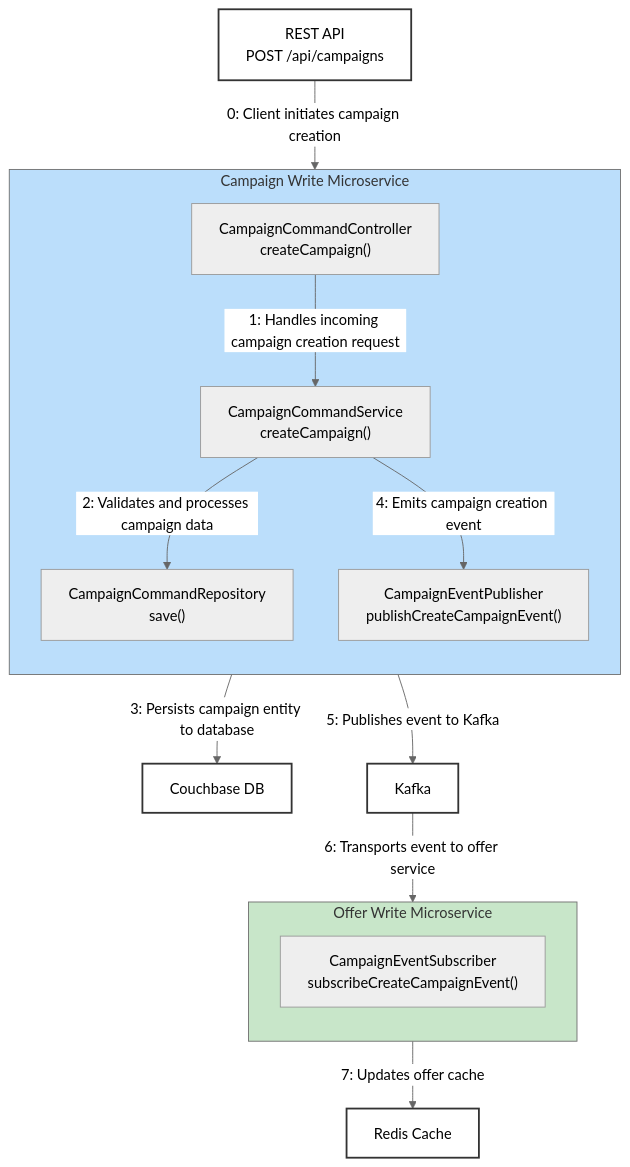
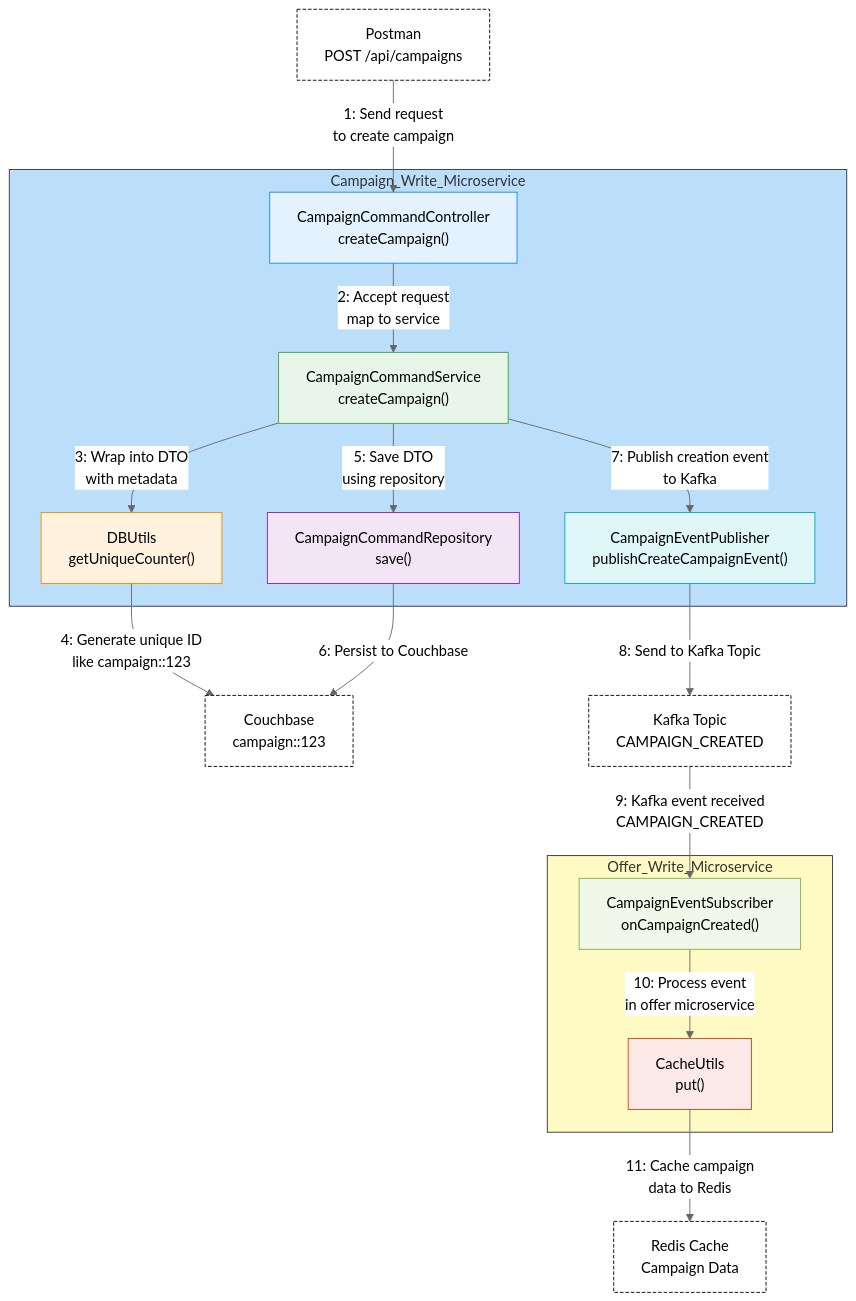
Before and after one commit to aakashkumar1980/apps-microservices: the diagram in _readme_assets/campaign_create.mermaid, drawn with Mermaid (neutral theme).

Commit message:
updated and refactored

```diff
--- a/_readme_assets/campaign_create.mermaid
+++ b/_readme_assets/campaign_create.mermaid
@@ -1,40 +1,52 @@
 flowchart TD
-%% --- Campaign Write Microservice ---
-    subgraph CampaignWrite["Campaign Write Microservice"]
-        direction TB
-        C1["CampaignCommandController<br>createCampaign()"]
-        S1["CampaignCommandService<br>createCampaign()"]
-        R1["CampaignCommandRepository<br>save()"]
-        E1["CampaignEventPublisher<br>publishCreateCampaignEvent()"]
+%% Postman
+    POSTMAN["Postman<br>POST /api/campaigns"]:::external
+
+%% Microservice: Campaign Write
+    subgraph Campaign_Write_Microservice
+        style Campaign_Write_Microservice fill:#BBDEFB,stroke:#333,stroke-width:1px
+
+        CCC["CampaignCommandController<br>createCampaign()"]:::controller
+        CCS["CampaignCommandService<br>createCampaign()"]:::service
+        DBU["DBUtils<br>getUniqueCounter()"]:::util
+        CCR["CampaignCommandRepository<br>save()"]:::repository
+        CEP["CampaignEventPublisher<br>publishCreateCampaignEvent()"]:::event
     end
 
-%% --- Offer Write Microservice ---
-    subgraph OfferWrite["Offer Write Microservice"]
-        direction TB
-        OESub["CampaignEventSubscriber<br>subscribeCreateCampaignEvent()"]
+%% Microservice: Offer Write
+    subgraph Offer_Write_Microservice
+        style Offer_Write_Microservice fill:#FFF9C4,stroke:#333,stroke-width:1px
+
+        CES["CampaignEventSubscriber<br>onCampaignCreated()"]:::subscriber
+        OCU["CacheUtils<br>put()"]:::util2
     end
 
-%% --- External Systems ---
-    API["REST API<br>POST /api/campaigns"]
-    Couchbase["Couchbase DB"]
-    Kafka["Kafka"]
-    Redis["Redis Cache"]
+%% External: Couchbase
+    CB1["Couchbase<br>campaign::123"]:::external
+%% External: Redis
+    REDIS["Redis Cache<br>Campaign Data"]:::external
+%% External: Kafka
+    K1["Kafka Topic<br>CAMPAIGN_CREATED"]:::external
 
-%% --- Flow with Numbered Descriptions ---
-    API -- "0: Client initiates campaign creation" --> C1
-    C1 -- "1: Handles incoming campaign creation request" --> S1
-    S1 -- "2: Validates and processes campaign data" --> R1
-    R1 -- "3: Persists campaign entity to database" --> Couchbase
-    S1 -- "4: Emits campaign creation event" --> E1
-    E1 -- "5: Publishes event to Kafka" --> Kafka
-    Kafka -- "6: Transports event to offer service" --> OESub
-    OESub -- "7: Updates offer cache" --> Redis
+%% Flow Arrows
+    POSTMAN -->|1: Send request<br>to create campaign| CCC
+    CCC -->|2: Accept request<br>map to service| CCS
+    CCS -->|3: Wrap into DTO<br>with metadata| DBU
+    DBU -->|4: Generate unique ID<br>like campaign::123| CB1
+    CCS -->|5: Save DTO<br>using repository| CCR
+    CCR -->|6: Persist to Couchbase| CB1
+    CCS -->|7: Publish creation event<br>to Kafka| CEP
+    CEP -->|8: Send to Kafka Topic| K1
+    K1 -->|9: Kafka event received<br>CAMPAIGN_CREATED| CES
+    CES -->|10: Process event<br>in offer microservice| OCU
+    OCU -->|11: Cache campaign<br>data to Redis| REDIS
 
-%% --- Styling ---
-    classDef ext fill:#fff,stroke:#333,stroke-width:2px
-    API:::ext
-    Couchbase:::ext
-    Kafka:::ext
-    Redis:::ext
-    style CampaignWrite fill:#BBDEFB
-    style OfferWrite fill:#C8E6C9
+%% Styling
+    classDef controller fill:#E3F2FD,stroke:#1E88E5,color:#000;
+    classDef service fill:#E8F5E9,stroke:#43A047,color:#000;
+    classDef repository fill:#F3E5F5,stroke:#8E24AA,color:#000;
+    classDef util fill:#FFF3E0,stroke:#FB8C00,color:#000;
+    classDef event fill:#E0F7FA,stroke:#00ACC1,color:#000;
+    classDef subscriber fill:#F1F8E9,stroke:#7CB342,color:#000;
+    classDef util2 fill:#FBE9E7,stroke:#D84315,color:#000;
+    classDef external fill:#FFFFFF,stroke:#000,color:#000,stroke-dasharray: 4 2;
```
